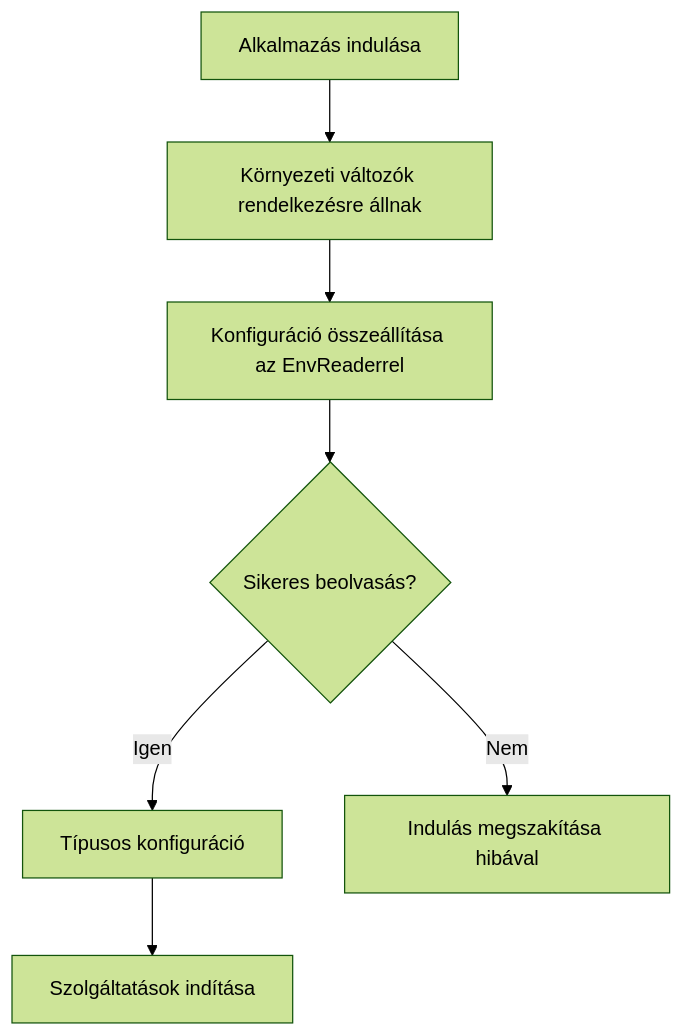
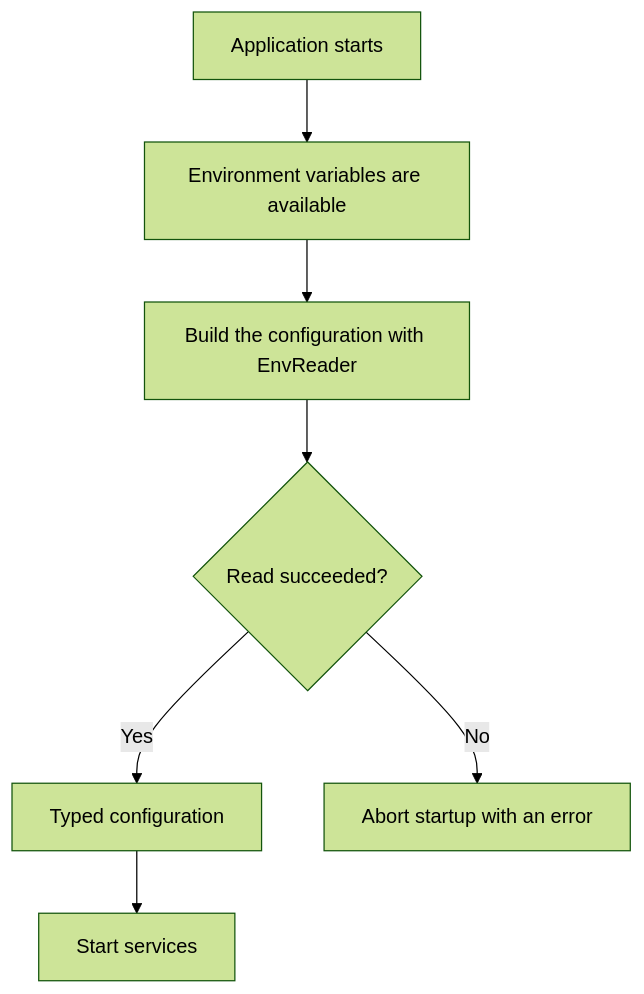
One commit to atom-forge/env-reader changed the diagram in book/01-start.md. Above: the diagram before and after it, drawn with Mermaid (forest theme). The commit also changed other lines of this file and 7 other files, not shown here.

````diff
--- a/book/01-start.md
+++ b/book/01-start.md
@@ -32,9 +32,9 @@
 ```mermaid
 flowchart TD
-    A[Alkalmazás indulása] --> B[Környezeti változók rendelkezésre állnak]
-    B --> C[Konfiguráció összeállítása az EnvReaderrel]
-    C --> D{Sikeres beolvasás?}
-    D -->|Igen| E[Típusos konfiguráció]
-    E --> F[Szolgáltatások indítása]
-    D -->|Nem| G[Indulás megszakítása hibával]
+    A[Application starts] --> B[Environment variables are available]
+    B --> C[Build the configuration with EnvReader]
+    C --> D{Read succeeded?}
+    D -->|Yes| E[Typed configuration]
+    E --> F[Start services]
+    D -->|No| G[Abort startup with an error]
 ```
````
